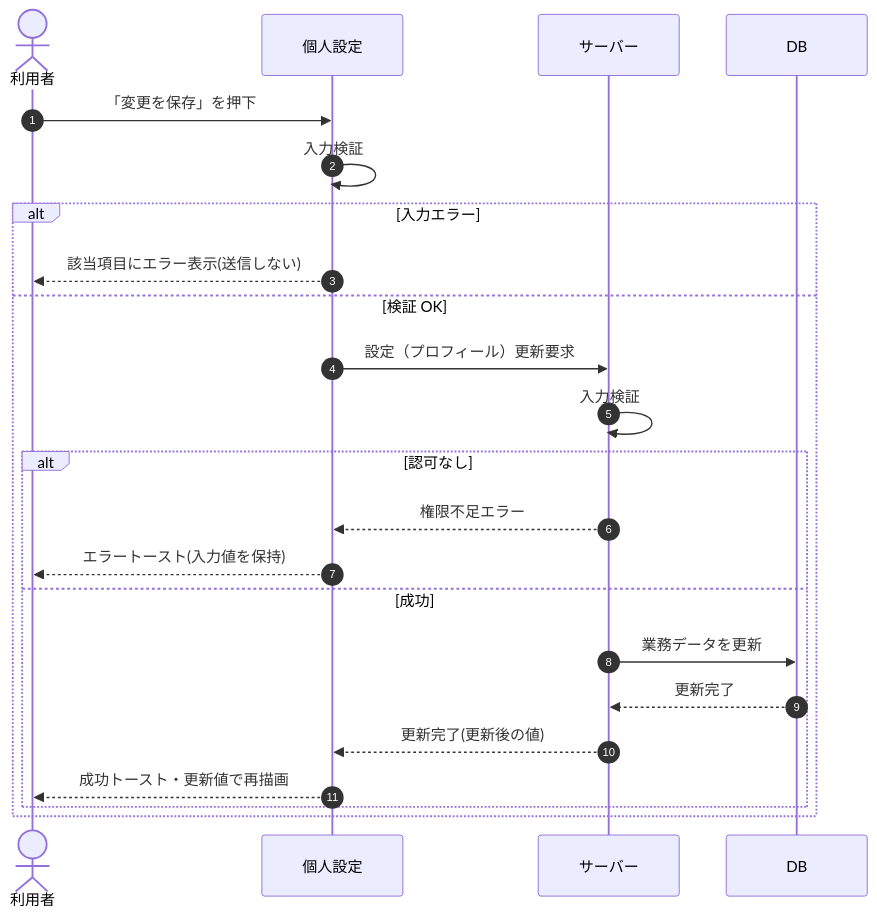
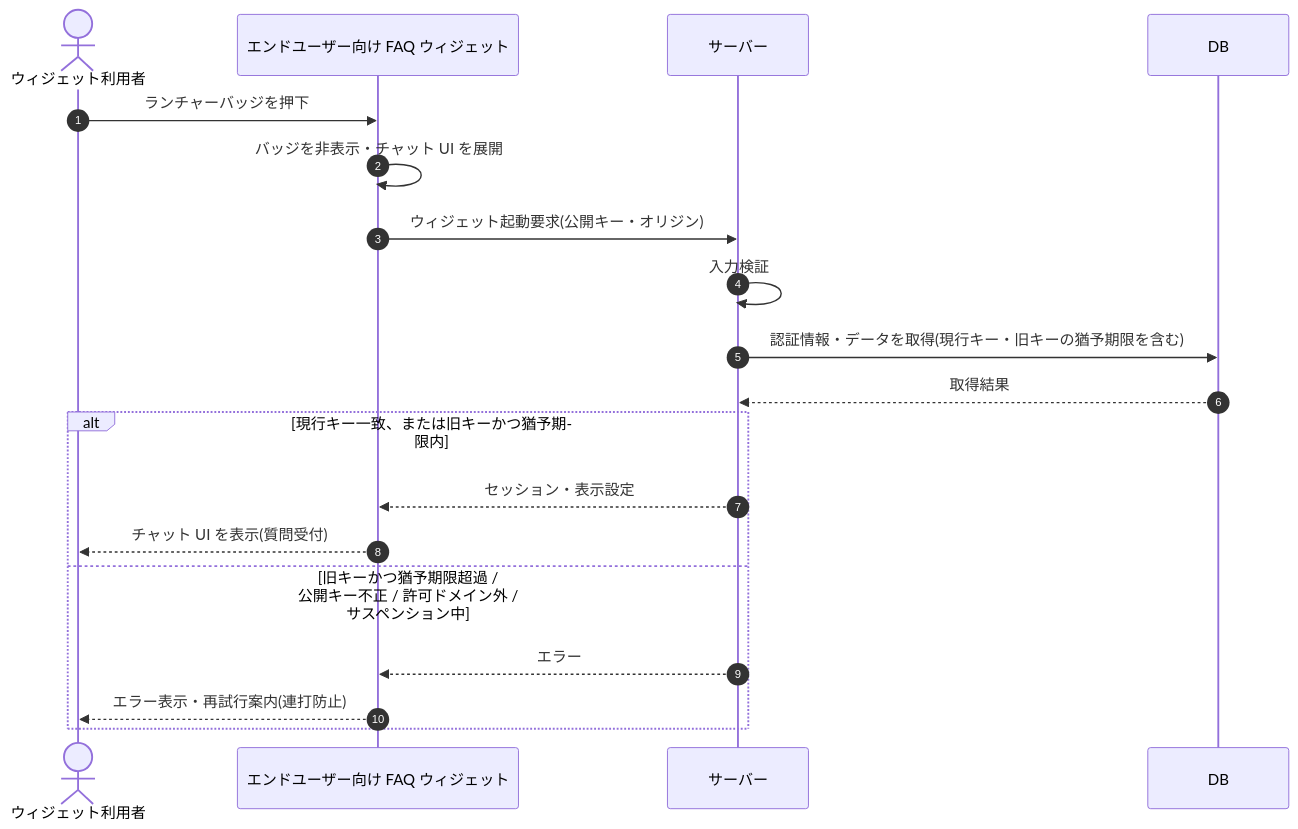
One commit to sikakou54/open-faq changed the diagram in 02_basic_design/03_sequences/SEQ-084.md. Above: the diagram before and after it, drawn with Mermaid. The commit also changed other lines of this file and 99 other files, not shown here.

````diff
--- a/02_basic_design/03_sequences/SEQ-084.md
+++ b/02_basic_design/03_sequences/SEQ-084.md
@@ -25,25 +25,21 @@
 ```mermaid
 sequenceDiagram
   autonumber
-  actor U as 利用者
-  participant Screen as 個人設定
+  actor U as ウィジェット利用者
+  participant Screen as エンドユーザー向け FAQ ウィジェット
   participant Server as サーバー
   participant DB as DB
-  U->>Screen: 「変更を保存」を押下
-  Screen->>Screen: 入力検証
-  alt 入力エラー
-    Screen-->>U: 該当項目にエラー表示(送信しない)
-  else 検証 OK
-    Screen->>Server: 設定（プロフィール）更新要求
-    Server->>Server: 入力検証
-    alt 認可なし
-      Server-->>Screen: 権限不足エラー
-      Screen-->>U: エラートースト(入力値を保持)
-    else 成功
-      Server->>DB: 業務データを更新
-      DB-->>Server: 更新完了
-      Server-->>Screen: 更新完了(更新後の値)
-      Screen-->>U: 成功トースト・更新値で再描画
-    end
+  U->>Screen: ランチャーバッジを押下
+  Screen->>Screen: バッジを非表示・チャット UI を展開
+  Screen->>Server: ウィジェット起動要求(公開キー・オリジン)
+  Server->>Server: 入力検証
+  Server->>DB: 認証情報・データを取得(現行キー・旧キーの猶予期限を含む)
+  DB-->>Server: 取得結果
+  alt 現行キー一致、または旧キーかつ猶予期限内
+    Server-->>Screen: セッション・表示設定
+    Screen-->>U: チャット UI を表示(質問受付)
+  else 旧キーかつ猶予期限超過 / 公開キー不正 / 許可ドメイン外 / サスペンション中
+    Server-->>Screen: エラー
+    Screen-->>U: エラー表示・再試行案内(連打防止)
   end
 ```
````
